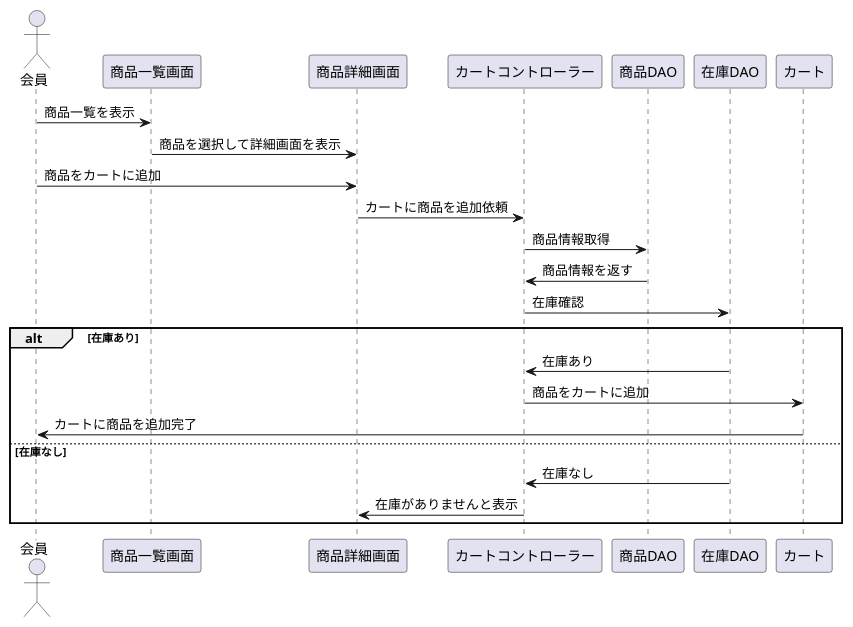
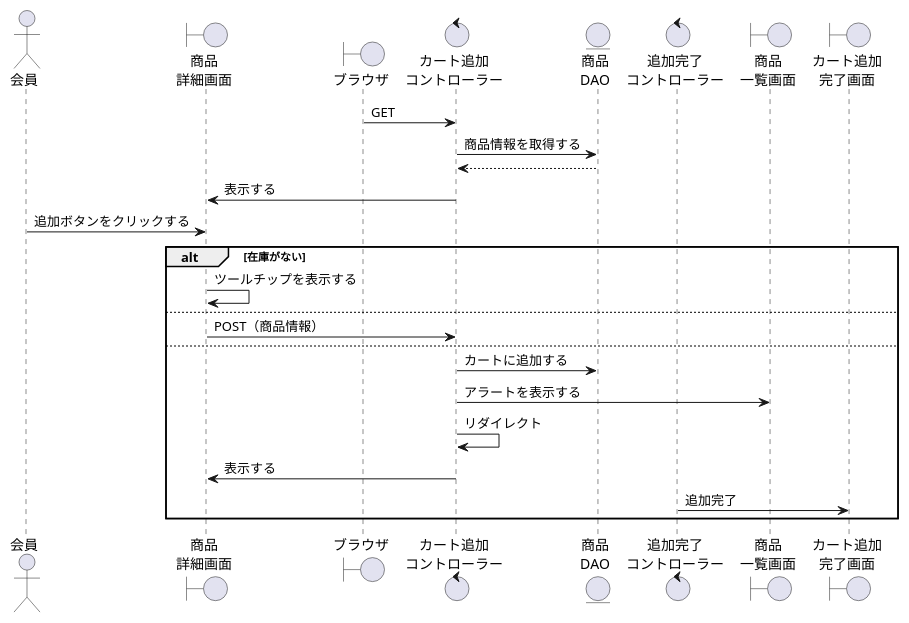
One commit to ysyk-wtnb16/team_D changed the diagram in BBショップ/カート追加.wsd. Above: the diagram before and after it, drawn with PlantUML.

Commit message:
カート追加修正

```diff
--- a/BBショップ/カート追加.wsd
+++ b/BBショップ/カート追加.wsd
@@ -1,26 +1,31 @@
-@startuml カート追加
-actor 会員 as user
-participant 商品一覧画面 as productList
-participant 商品詳細画面 as productDetail
-participant カートコントローラー as cartController
-participant 商品DAO as productDAO
-participant 在庫DAO as stockDAO
-participant カート as cart
+@startuml syouhin_tuika
 
-user -> productList: 商品一覧を表示
-productList -> productDetail: 商品を選択して詳細画面を表示
-user -> productDetail: 商品をカートに追加
-productDetail -> cartController: カートに商品を追加依頼
-cartController -> productDAO: 商品情報取得
-productDAO -> cartController: 商品情報を返す
+actor "会員" as act
+boundary "商品\n詳細画面" as shb
+boundary "ブラウザ" as brz
+control "カート追加\nコントローラー" as shc
+entity "商品\nDAO" as product
+control "追加完了\nコントローラー" as shkc
+boundary "商品\n一覧画面" as sib
+boundary "カート追加\n完了画面" as shkb
 
-cartController -> stockDAO: 在庫確認
-alt 在庫あり
-    stockDAO -> cartController: 在庫あり
-    cartController -> cart: 商品をカートに追加
-    cart -> user: カートに商品を追加完了
-else 在庫なし
-    stockDAO -> cartController: 在庫なし
-    cartController -> productDetail: 在庫がありませんと表示
+shc <- brz: GET
+shc -> product: 商品情報を取得する
+shc <-- product
+shb <- shc: 表示する
+act -> shb: 追加ボタンをクリックする
+
+alt 在庫がない
+    
+    shb -> shb: ツールチップを表示する
+else
+    shb -> shc: POST（商品情報）
+
+    else
+        shc -> product: カートに追加する
+        shc -> sib: アラートを表示する
+        shc -> shc: リダイレクト
+        shb <- shc: 表示する
+        shkc -> shkb: 追加完了
 end
 @enduml
```
